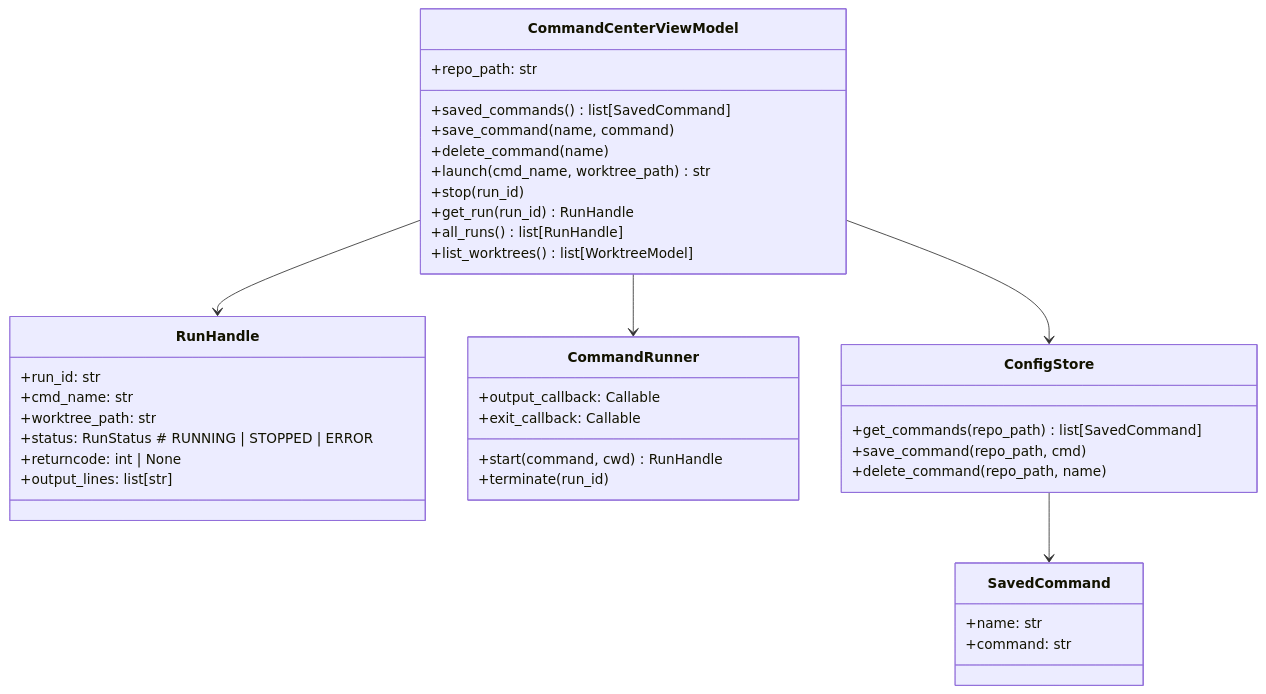
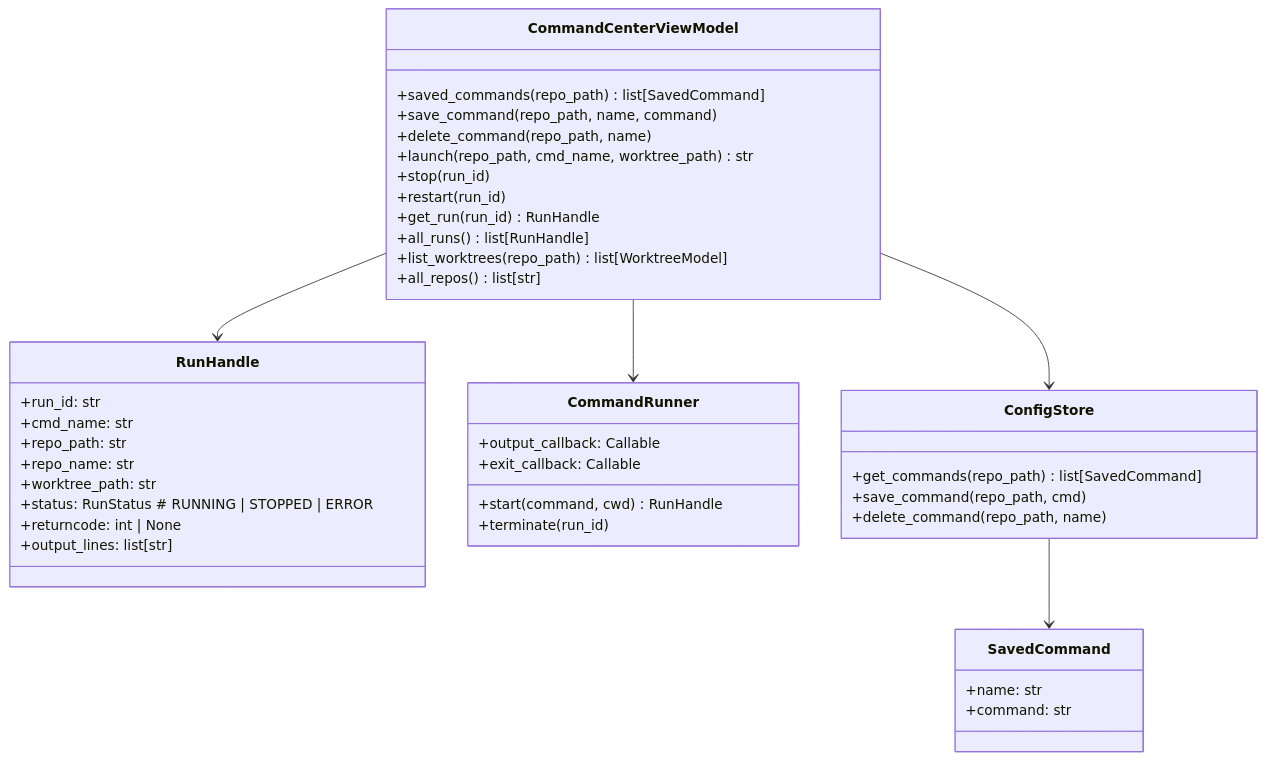
One commit to ahmedhhw/Orchestrator changed the second of 2 diagrams in worktree-manager/autobot-command-center.md. Above: the diagram before and after it, drawn with Mermaid. The commit also changed other lines of this file and 28 other files, not shown here.

````diff
--- a/worktree-manager/autobot-command-center.md
+++ b/worktree-manager/autobot-command-center.md
@@ -130,46 +228,49 @@
 ```mermaid
 classDiagram
     class SavedCommand {
         +name: str
         +command: str
     }
 
     class RunHandle {
         +run_id: str
         +cmd_name: str
+        +repo_path: str
+        +repo_name: str
         +worktree_path: str
         +status: RunStatus  # RUNNING | STOPPED | ERROR
         +returncode: int | None
         +output_lines: list[str]
     }
 
     class CommandRunner {
         +start(command, cwd) RunHandle
         +terminate(run_id)
         +output_callback: Callable
         +exit_callback: Callable
     }
 
     class CommandCenterViewModel {
-        +repo_path: str
-        +saved_commands() list[SavedCommand]
-        +save_command(name, command)
-        +delete_command(name)
-        +launch(cmd_name, worktree_path) str
+        +saved_commands(repo_path) list[SavedCommand]
+        +save_command(repo_path, name, command)
+        +delete_command(repo_path, name)
+        +launch(repo_path, cmd_name, worktree_path) str
         +stop(run_id)
+        +restart(run_id)
         +get_run(run_id) RunHandle
         +all_runs() list[RunHandle]
-        +list_worktrees() list[WorktreeModel]
+        +list_worktrees(repo_path) list[WorktreeModel]
+        +all_repos() list[str]
     }
 
     class ConfigStore {
         +get_commands(repo_path) list[SavedCommand]
         +save_command(repo_path, cmd)
         +delete_command(repo_path, name)
     }
 
     CommandCenterViewModel --> CommandRunner
     CommandCenterViewModel --> ConfigStore
     CommandCenterViewModel --> RunHandle
     ConfigStore --> SavedCommand
 ```
````
